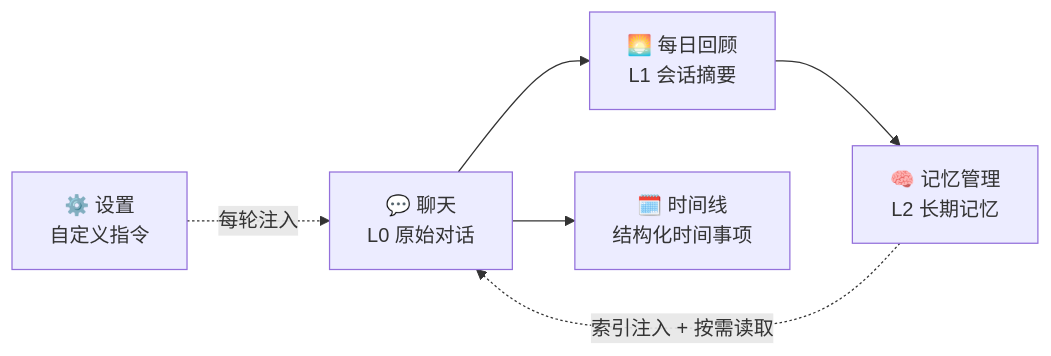
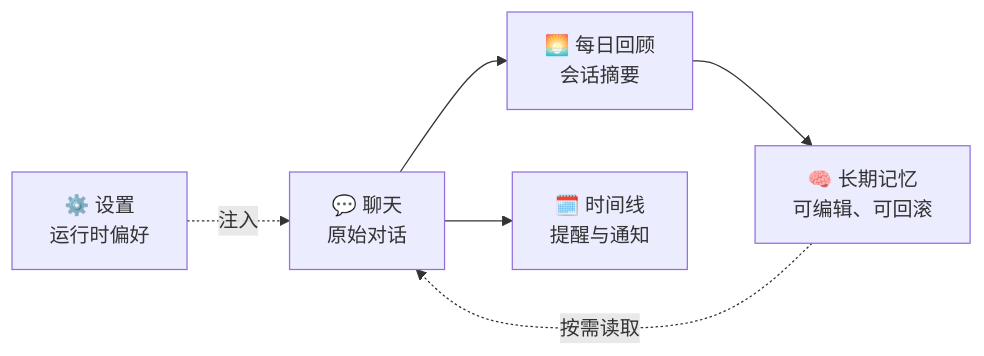
One commit to lance2016/chat-memo changed the diagram in README.md. Above: the diagram before and after it, drawn with Mermaid. The commit also changed other lines of this file, not shown here.

````diff
--- a/README.md
+++ b/README.md
@@ -38,8 +39,8 @@
 ```mermaid
 flowchart LR
-    Chat["💬 聊天<br/>L0 原始对话"] --> Review["🌅 每日回顾<br/>L1 会话摘要"]
-    Review --> Memory["🧠 记忆管理<br/>L2 长期记忆"]
-    Memory -. 索引注入 + 按需读取 .-> Chat
-    Chat --> Timeline["🗓️ 时间线<br/>结构化时间事项"]
-    Settings["⚙️ 设置<br/>自定义指令"] -. 每轮注入 .-> Chat
+    Chat["💬 聊天<br/>原始对话"] --> Review["🌅 每日回顾<br/>会话摘要"]
+    Review --> Memory["🧠 长期记忆<br/>可编辑、可回滚"]
+    Memory -. 按需读取 .-> Chat
+    Chat --> Timeline["🗓️ 时间线<br/>提醒与通知"]
+    Settings["⚙️ 设置<br/>运行时偏好"] -. 注入 .-> Chat
 ```
````
